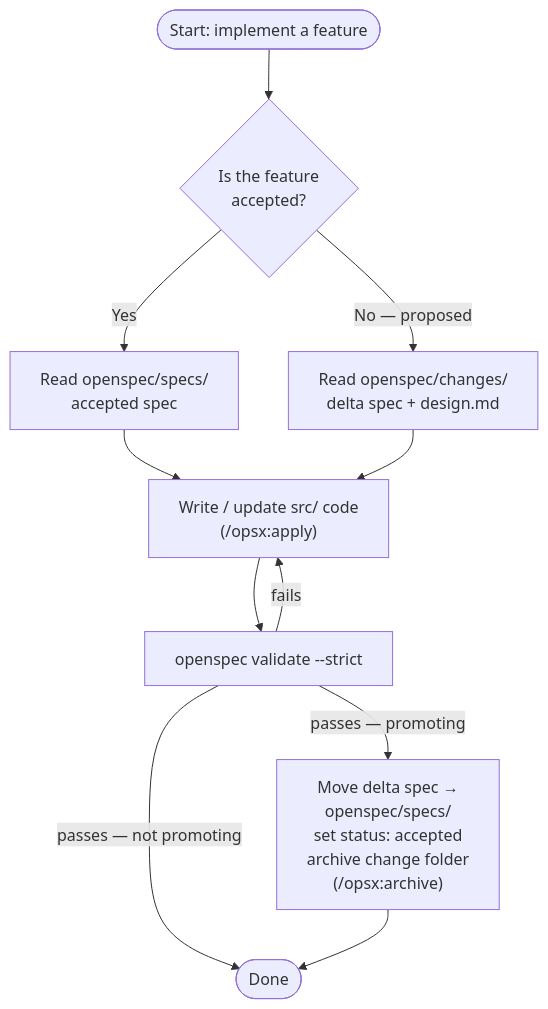
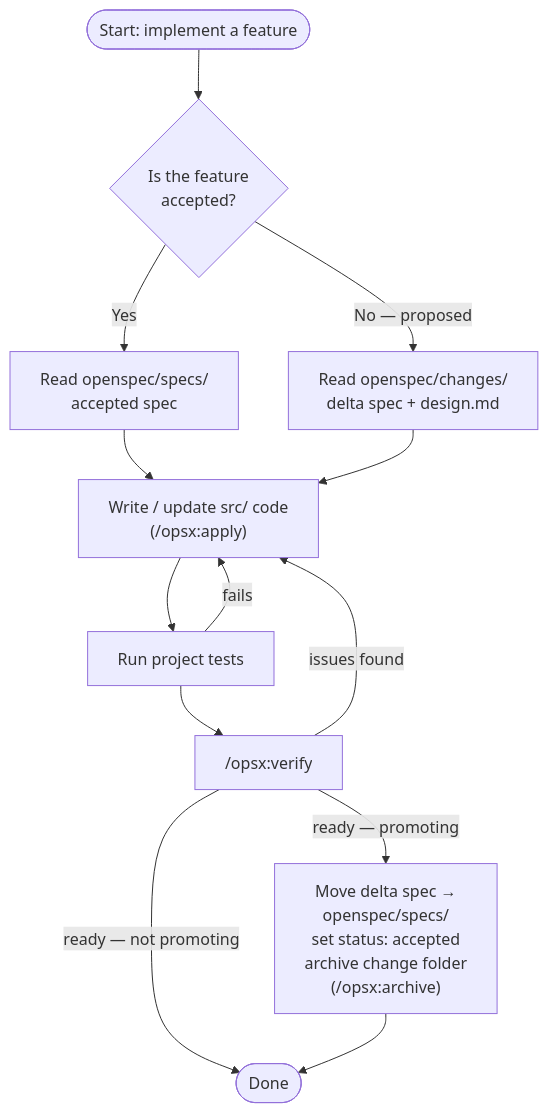
Before and after one commit to clawaimax/openspec-atm: the fourth of 6 diagrams in README.md, drawn with Mermaid. The commit also changed other lines of this file, not shown here.

First line of the commit message:
Update OpenSpec verification workflow docs

````diff
--- a/README.md
+++ b/README.md
@@ -498,13 +501,23 @@
 ```mermaid
 flowchart TD
-    Start([Start: implement a feature]) --> Q1{Is the feature\naccepted?}
-    Q1 -->|Yes| RS["Read openspec/specs/\naccepted spec"]
-    Q1 -->|No — proposed| RC["Read openspec/changes/\ndelta spec + design.md"]
-    RS --> Impl["Write / update src/ code\n(/opsx:apply)"]
+    Start([Start: implement a feature]) --> Q1{Is the feature
+accepted?}
+    Q1 -->|Yes| RS["Read openspec/specs/
+accepted spec"]
+    Q1 -->|No — proposed| RC["Read openspec/changes/
+delta spec + design.md"]
+    RS --> Impl["Write / update src/ code
+(/opsx:apply)"]
     RC --> Impl
-    Impl --> V["openspec validate --strict"]
-    V -->|fails| Impl
-    V -->|"passes — promoting"| Prom["Move delta spec →\nopenspec/specs/\nset status: accepted\narchive change folder\n(/opsx:archive)"]
-    V -->|"passes — not promoting"| Done([Done])
+    Impl --> T["Run project tests"]
+    T -->|fails| Impl
+    T --> V["/opsx:verify <change-name>"]
+    V -->|issues found| Impl
+    V -->|"ready — promoting"| Prom["Move delta spec →
+openspec/specs/
+set status: accepted
+archive change folder
+(/opsx:archive)"]
+    V -->|"ready — not promoting"| Done([Done])
     Prom --> Done
 ```
````
